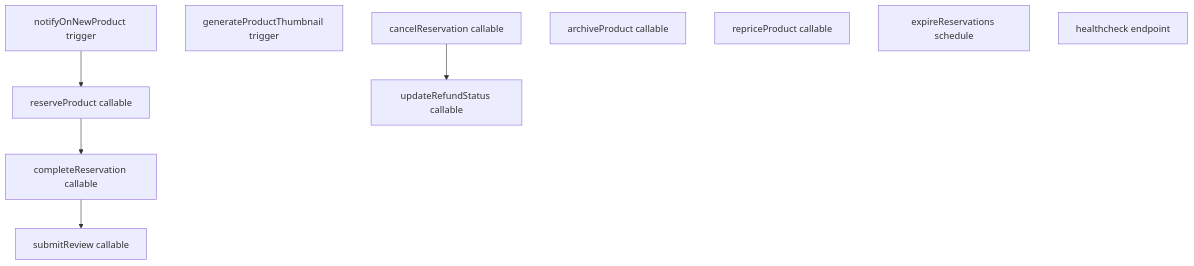
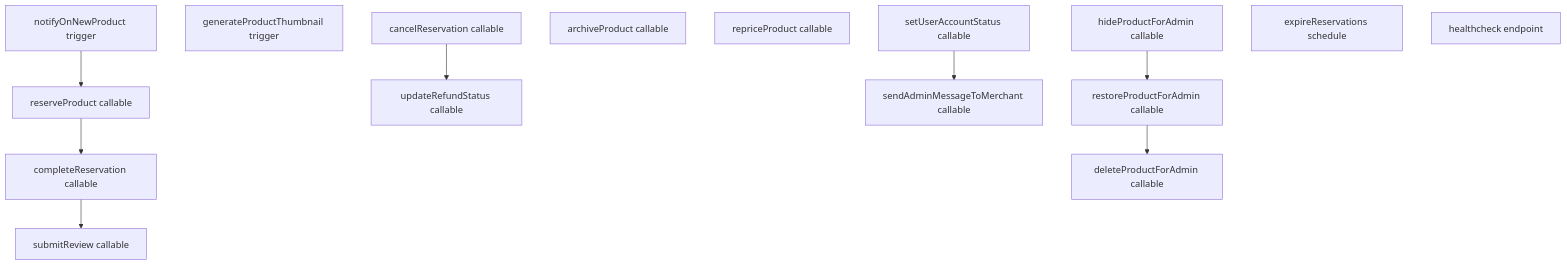
Before and after one commit to Admgt/nearpick: the second of 2 diagrams in docs/02_architecture/c4_component.md, drawn with Mermaid. The commit also changed other lines of this file and 36 other files, not shown here.

````diff
--- a/docs/02_architecture/c4_component.md
+++ b/docs/02_architecture/c4_component.md
@@ -44,19 +50,27 @@
 ```mermaid
 flowchart TB
     notify[notifyOnNewProduct trigger]
     thumb[generateProductThumbnail trigger]
     reserve[reserveProduct callable]
     complete[completeReservation callable]
     cancel[cancelReservation callable]
     refund[updateRefundStatus callable]
     review[submitReview callable]
     archive[archiveProduct callable]
     reprice[repriceProduct callable]
+    userStatus[setUserAccountStatus callable]
+    adminMessage[sendAdminMessageToMerchant callable]
+    adminHide[hideProductForAdmin callable]
+    adminRestore[restoreProductForAdmin callable]
+    adminDelete[deleteProductForAdmin callable]
     expire[expireReservations schedule]
     health[healthcheck endpoint]
 
     notify --> reserve
     reserve --> complete
     complete --> review
     cancel --> refund
+    userStatus --> adminMessage
+    adminHide --> adminRestore
+    adminRestore --> adminDelete
 ```
````
